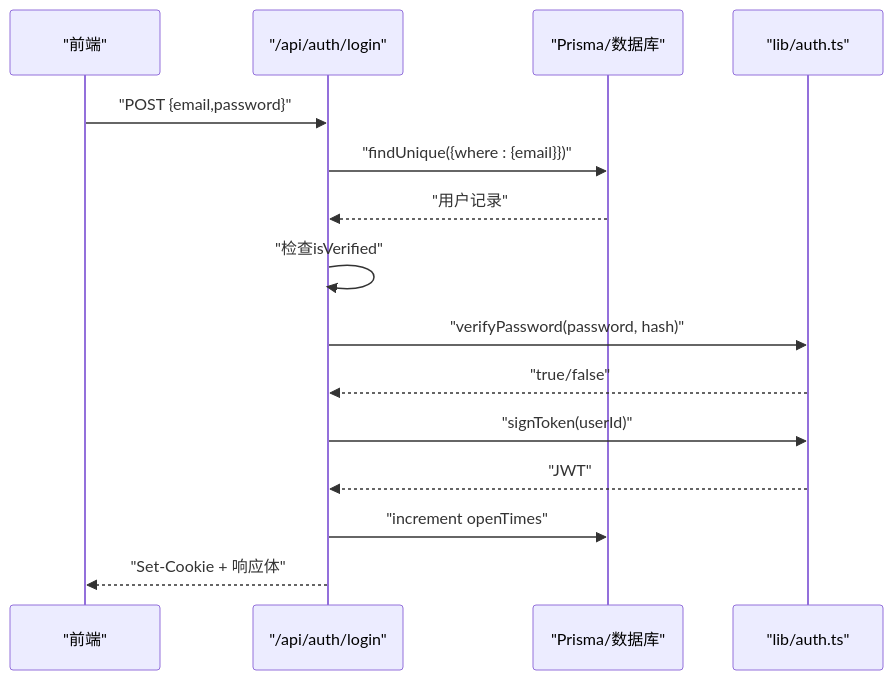
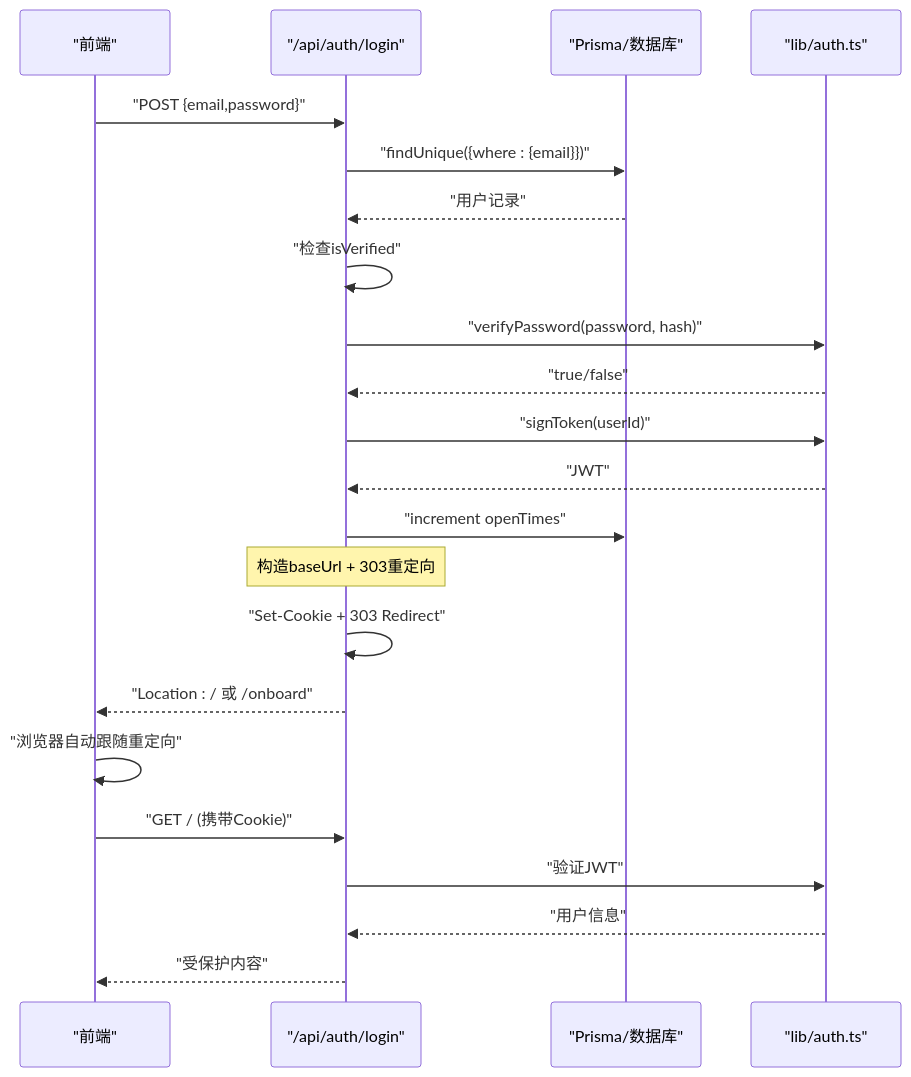
Before and after one commit to kangkang919/xinya: the fourth of 10 diagrams in .qoder/repowiki/zh/content/用户认证系统/密码认证.md, drawn with Mermaid. The commit also changed other lines of this file and 37 other files, not shown here.

````diff
--- a/.qoder/repowiki/zh/content/用户认证系统/密码认证.md
+++ b/.qoder/repowiki/zh/content/用户认证系统/密码认证.md
@@ -236,17 +257,24 @@
 ```mermaid
 sequenceDiagram
 participant FE as "前端"
 participant API as "/api/auth/login"
 participant DB as "Prisma/数据库"
 participant AUTH as "lib/auth.ts"
 FE->>API : "POST {email,password}"
 API->>DB : "findUnique({where : {email}})"
 DB-->>API : "用户记录"
 API->>API : "检查isVerified"
 API->>AUTH : "verifyPassword(password, hash)"
 AUTH-->>API : "true/false"
 API->>AUTH : "signToken(userId)"
 AUTH-->>API : "JWT"
 API->>DB : "increment openTimes"
-API-->>FE : "Set-Cookie + 响应体"
+Note over API : 构造baseUrl + 303重定向
+API->>API : "Set-Cookie + 303 Redirect"
+API-->>FE : "Location : / 或 /onboard"
+FE->>FE : "浏览器自动跟随重定向"
+FE->>API : "GET / (携带Cookie)"
+API->>AUTH : "验证JWT"
+AUTH-->>API : "用户信息"
+API-->>FE : "受保护内容"
 ```
````
